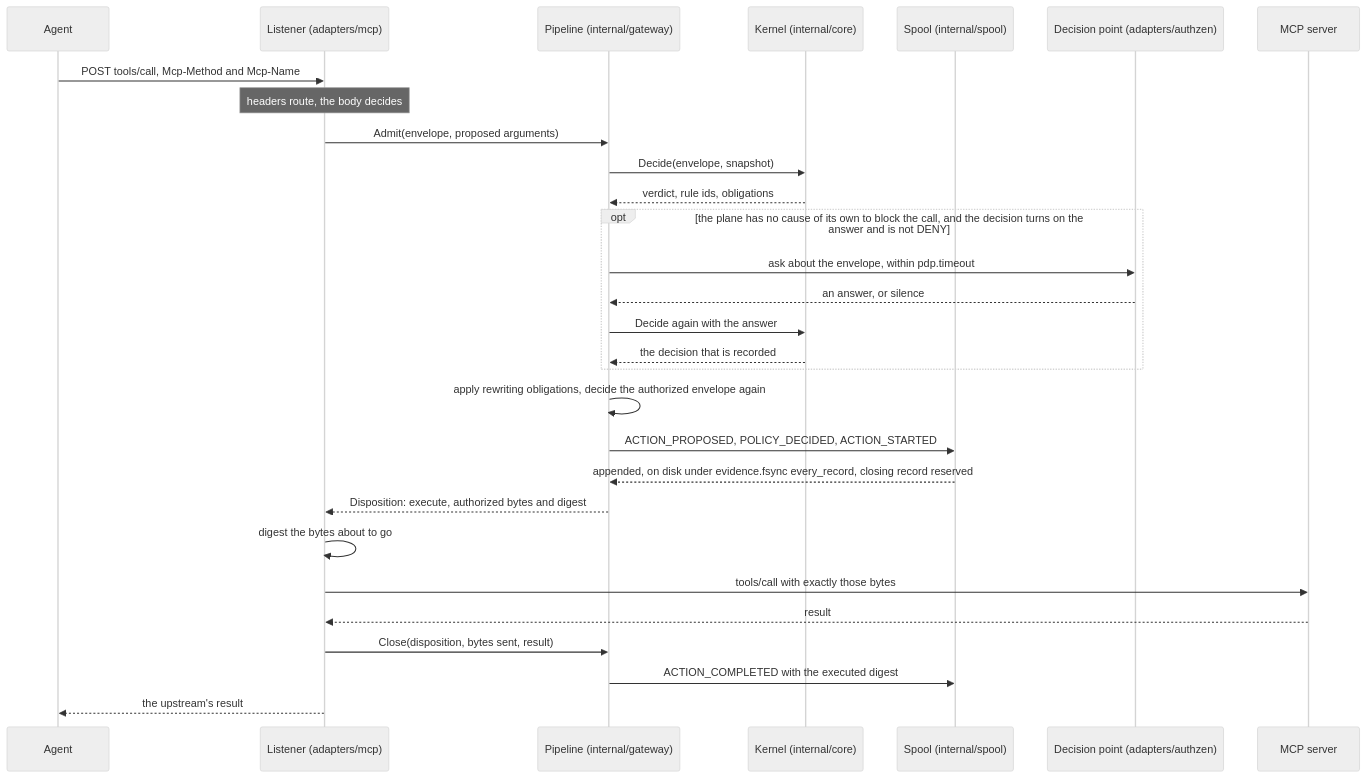
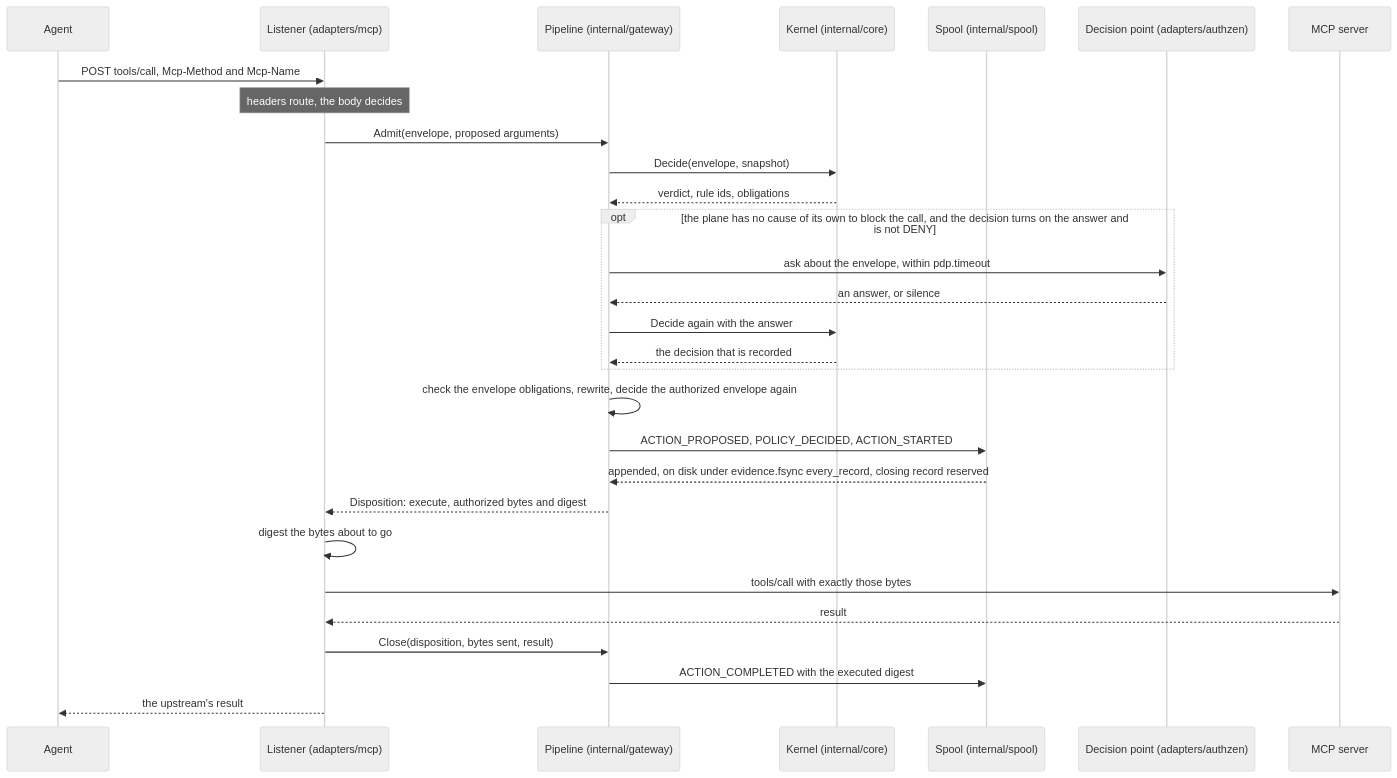
The first of 3 diagrams in docs/concepts/mcp-gateway.md (guardana/control), drawn with Mermaid (neutral theme) before and after one commit. The commit also changed 37 other files, not shown here.

````diff
--- a/docs/concepts/mcp-gateway.md
+++ b/docs/concepts/mcp-gateway.md
@@ -20,34 +20,34 @@
 ```mermaid
 sequenceDiagram
     accTitle: One call, end to end
     accDescr: The listener turns a tools/call into an envelope, the pipeline has the kernel decide and may ask a decision point, the opening events are written before anything runs, the listener sends exactly the authorized bytes, and the trail closes with the executed digest.
     participant Agent
     participant Listener as Listener (adapters/mcp)
     participant Plane as Pipeline (internal/gateway)
     participant Kernel as Kernel (internal/core)
     participant Sink as Spool (internal/spool)
     participant PDP as Decision point (adapters/authzen)
     participant Server as MCP server
 
     Agent->>Listener: POST tools/call, Mcp-Method and Mcp-Name
     Note over Listener: headers route, the body decides
     Listener->>Plane: Admit(envelope, proposed arguments)
     Plane->>Kernel: Decide(envelope, snapshot)
     Kernel-->>Plane: verdict, rule ids, obligations
     opt the plane has no cause of its own to block the call, and the decision turns on the answer and is not DENY
         Plane->>PDP: ask about the envelope, within pdp.timeout
         PDP-->>Plane: an answer, or silence
         Plane->>Kernel: Decide again with the answer
         Kernel-->>Plane: the decision that is recorded
     end
-    Plane->>Plane: apply rewriting obligations, decide the authorized envelope again
+    Plane->>Plane: check the envelope obligations, rewrite, decide the authorized envelope again
     Plane->>Sink: ACTION_PROPOSED, POLICY_DECIDED, ACTION_STARTED
     Sink-->>Plane: appended, on disk under evidence.fsync every_record, closing record reserved
     Plane-->>Listener: Disposition: execute, authorized bytes and digest
     Listener->>Listener: digest the bytes about to go
     Listener->>Server: tools/call with exactly those bytes
     Server-->>Listener: result
     Listener->>Plane: Close(disposition, bytes sent, result)
     Plane->>Sink: ACTION_COMPLETED with the executed digest
     Listener-->>Agent: the upstream's result
 ```
````
